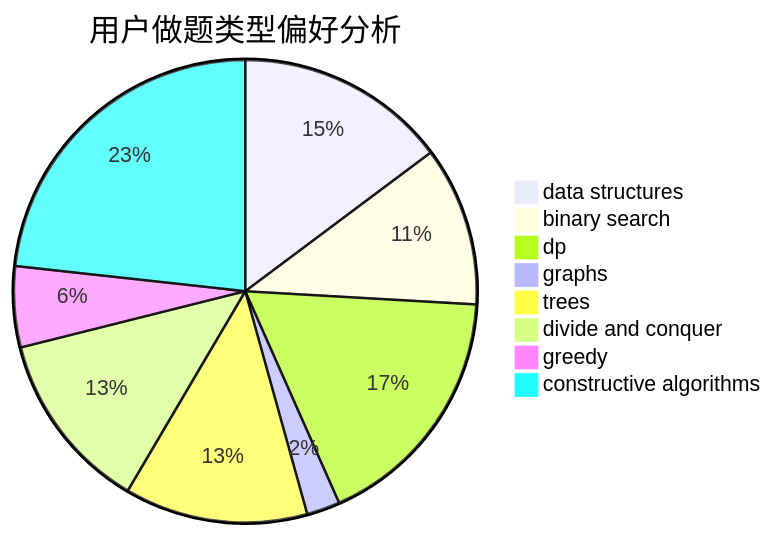
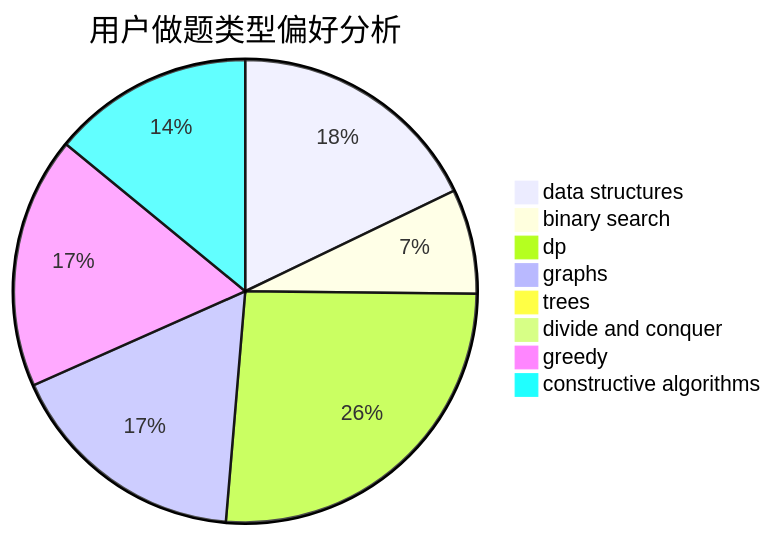
One commit to sherpahu/cfrs.github.io changed the second of 3 diagrams in docs/user/u1206.md. Above: the diagram before and after it, drawn with Mermaid. The commit also changed other lines of this file and 2770 other files, not shown here.

````diff
--- a/docs/user/u1206.md
+++ b/docs/user/u1206.md
@@ -23,11 +23,11 @@
 ```mermaid
 pie title 用户做题类型偏好分析
-    "data structures" :  89
-    "binary search" :  67
-    "dp" :  105
-    "graphs" :  14
-    "trees" :  77
-    "divide and conquer" :  76
-    "greedy" :  34
-    "constructive algorithms" :  140
+    "data structures" :  127
+    "binary search" :  52
+    "dp" :  186
+    "graphs" :  121
+    "trees" :  7
+    "divide and conquer" :  1
+    "greedy" :  125
+    "constructive algorithms" :  100
 ```
````
